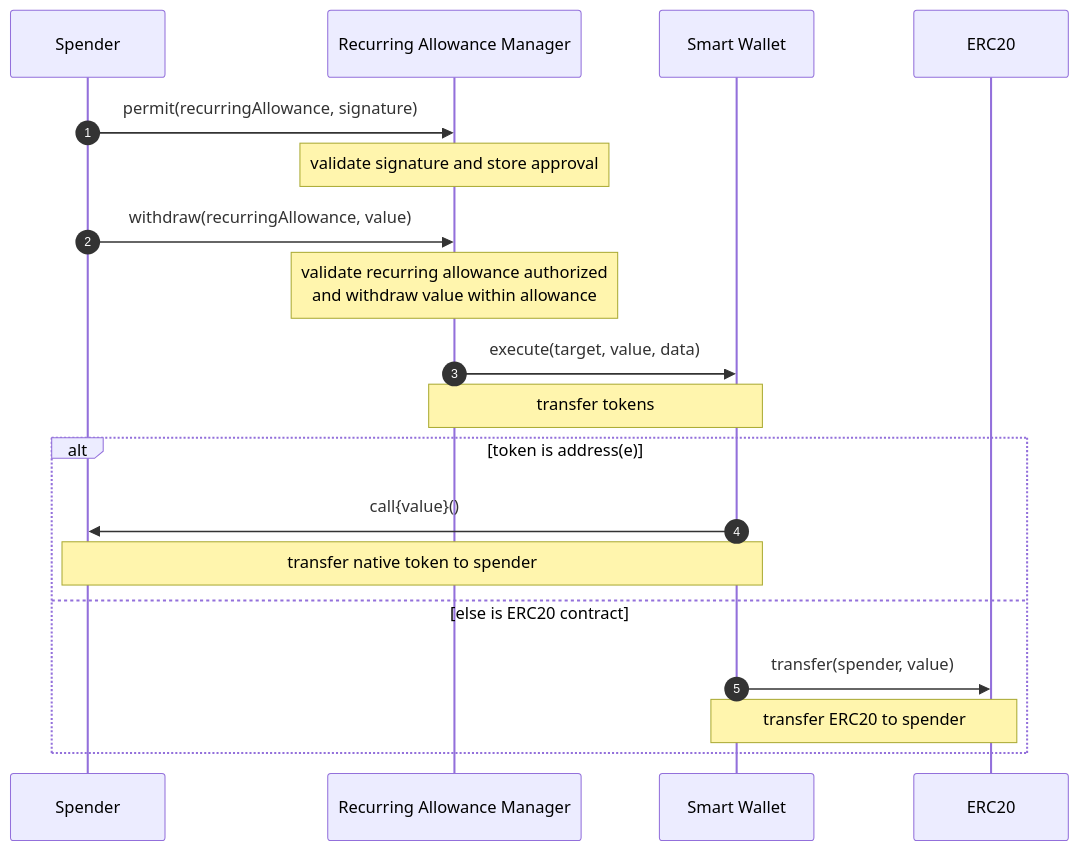
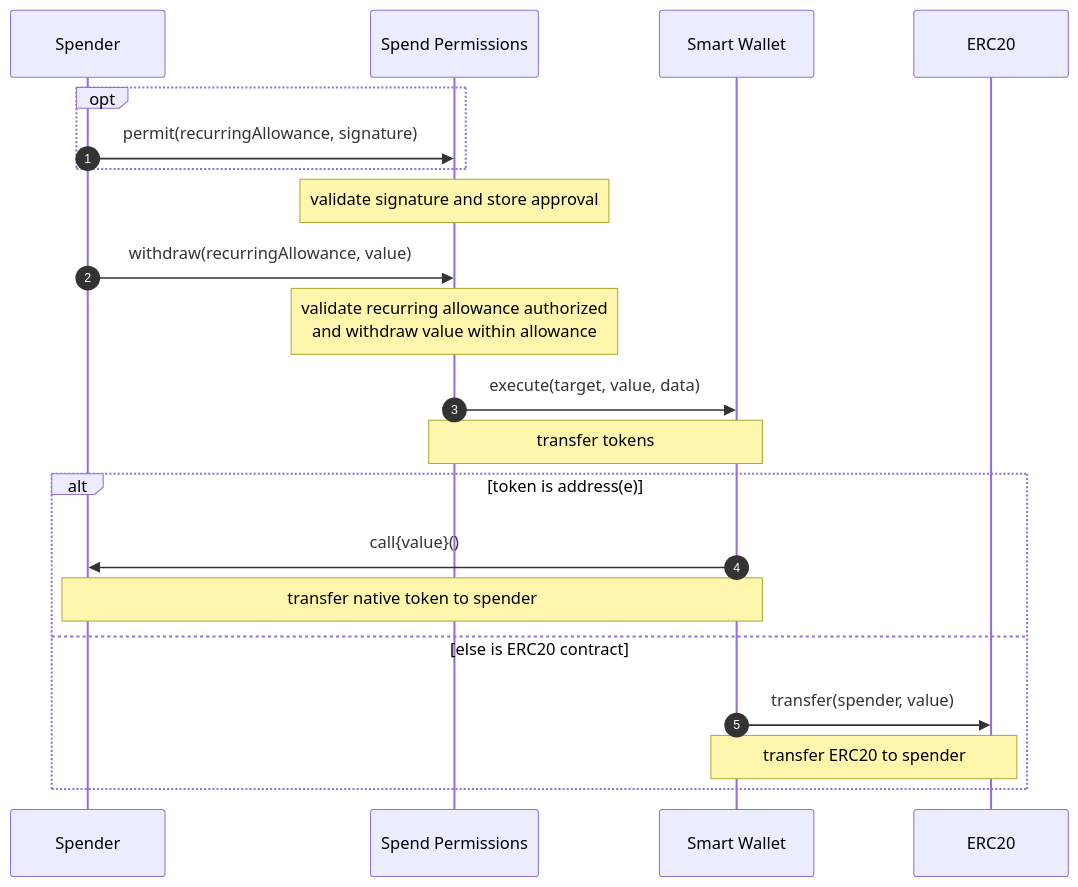
The diagram in docs/diagrams/onchain/withdraw.md (coinbase/smart-wallet-permissions), drawn with Mermaid before and after one commit. The commit also changed other lines of this file and 3 other files, not shown here.

````diff
--- a/docs/diagrams/onchain/withdraw.md
+++ b/docs/diagrams/onchain/withdraw.md
@@ -7,22 +5,24 @@
 ```mermaid
 sequenceDiagram
     autonumber
     participant S as Spender
-    participant M as Recurring Allowance Manager
+    participant M as Spend Permissions
     participant A as Smart Wallet
     participant ERC20
 
-    S->>M: permit(recurringAllowance, signature)
+    opt
+        S->>M: permit(recurringAllowance, signature)
+    end
     Note over M: validate signature and store approval
     S->>M: withdraw(recurringAllowance, value)
     Note over M: validate recurring allowance authorized <br> and withdraw value within allowance
     M->>A: execute(target, value, data)
     Note over M,A: transfer tokens
     alt token is address(e)
         A->>S: call{value}()
         Note over A,S: transfer native token to spender
     else else is ERC20 contract
         A->>ERC20: transfer(spender, value)
         Note over A,ERC20: transfer ERC20 to spender
     end
 ```
````
